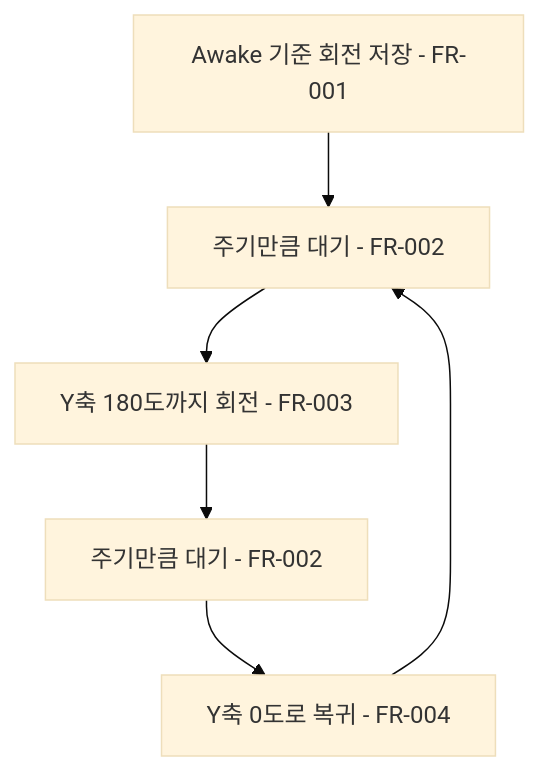
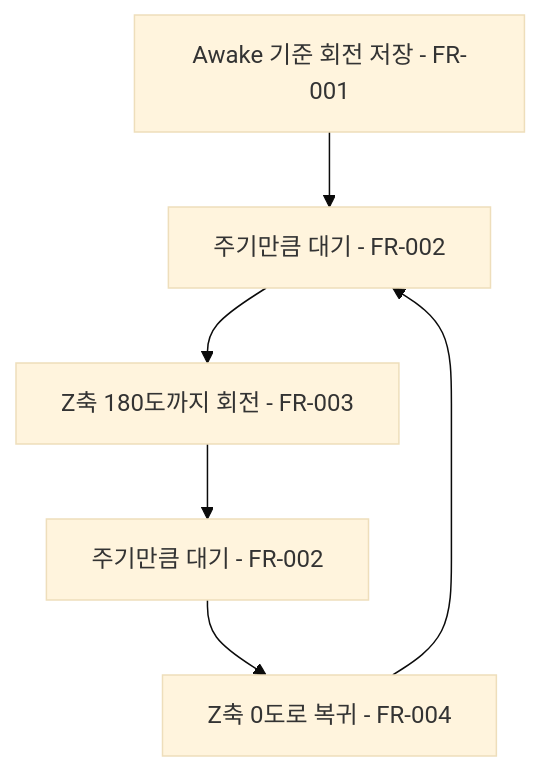
One commit to xpaklove12-lang/Corner1 changed the diagram in docs/specs/032-aggression-half-turn.md. Above: the diagram before and after it, drawn with Mermaid (base theme). The commit also changed other lines of this file and 78 other files, not shown here.

````diff
--- a/docs/specs/032-aggression-half-turn.md
+++ b/docs/specs/032-aggression-half-turn.md
@@ -37,8 +37,8 @@
 ```mermaid
 flowchart TD
     A[Awake 기준 회전 저장 - FR-001] --> B[주기만큼 대기 - FR-002]
-    B --> C[Y축 180도까지 회전 - FR-003]
+    B --> C[Z축 180도까지 회전 - FR-003]
     C --> D[주기만큼 대기 - FR-002]
-    D --> E[Y축 0도로 복귀 - FR-004]
+    D --> E[Z축 0도로 복귀 - FR-004]
     E --> B
 ```
````
